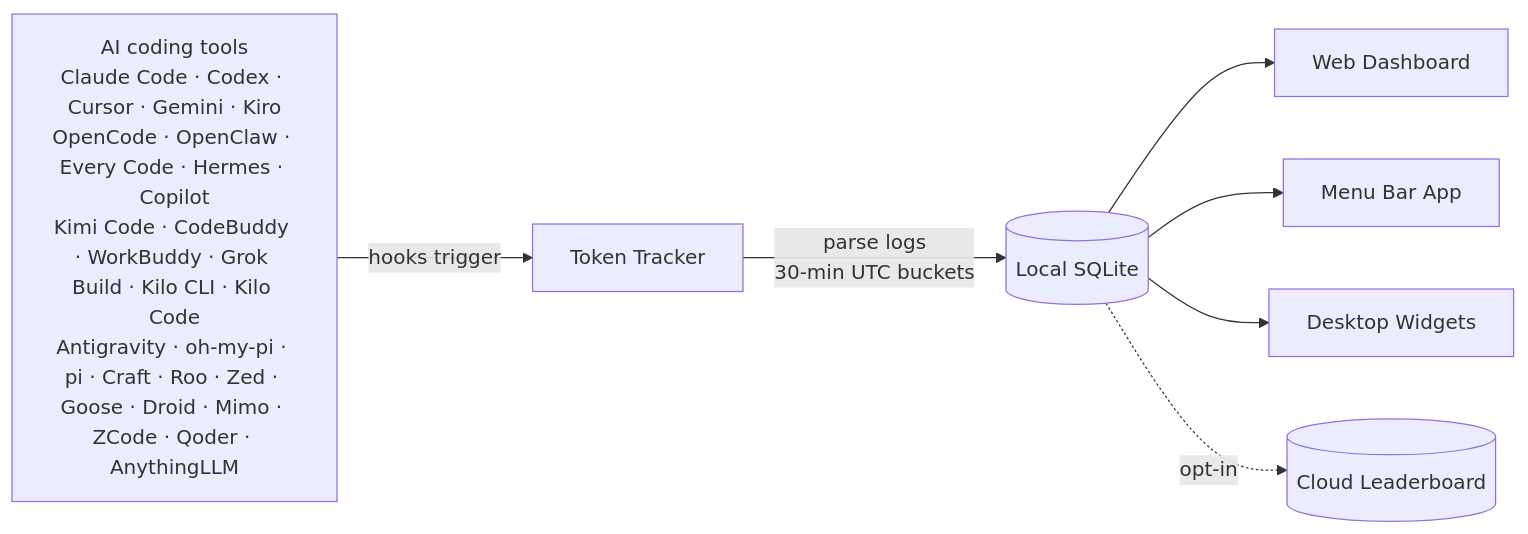
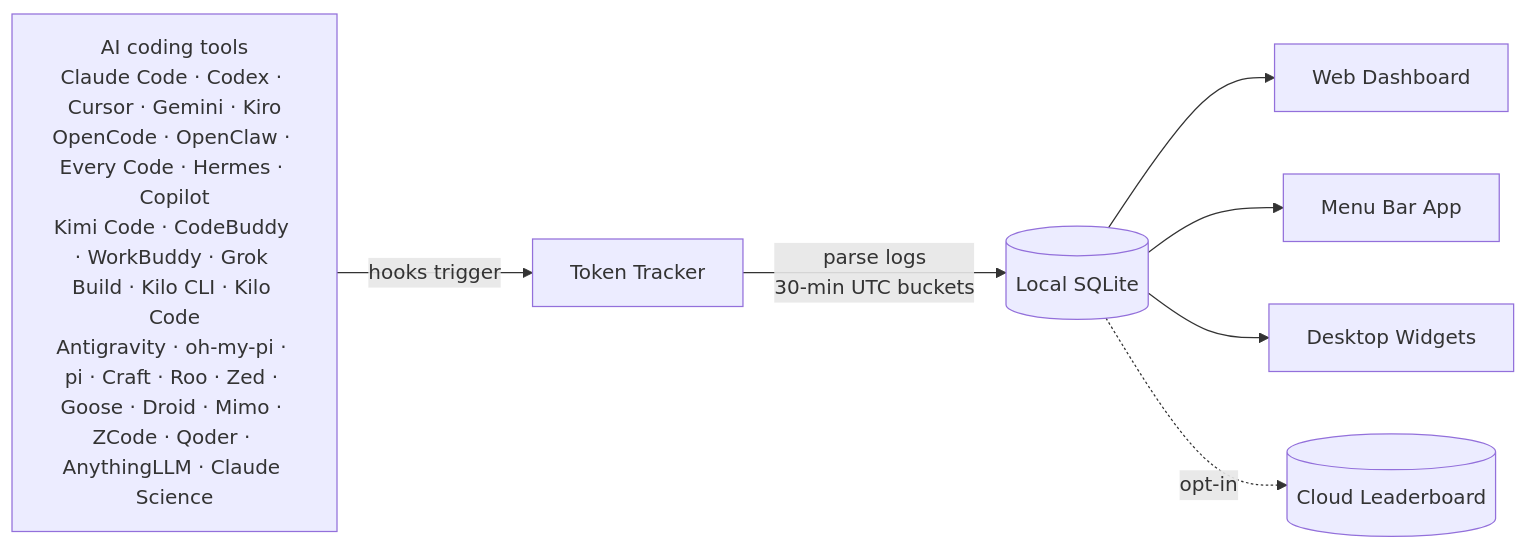
One commit to CrazyForks/TokenTracker changed the diagram in README.md. Above: the diagram before and after it, drawn with Mermaid. The commit also changed other lines of this file and 23 other files, not shown here.

````diff
--- a/README.md
+++ b/README.md
@@ -278,10 +279,10 @@
 ```mermaid
 flowchart LR
-    A["AI coding tools<br/>Claude Code · Codex · Cursor · Gemini · Kiro<br/>OpenCode · OpenClaw · Every Code · Hermes · Copilot<br/>Kimi Code · CodeBuddy · WorkBuddy · Grok Build · Kilo CLI · Kilo Code<br/>Antigravity · oh-my-pi · pi · Craft · Roo · Zed · Goose · Droid · Mimo · ZCode · Qoder · AnythingLLM"]
+    A["AI coding tools<br/>Claude Code · Codex · Cursor · Gemini · Kiro<br/>OpenCode · OpenClaw · Every Code · Hermes · Copilot<br/>Kimi Code · CodeBuddy · WorkBuddy · Grok Build · Kilo CLI · Kilo Code<br/>Antigravity · oh-my-pi · pi · Craft · Roo · Zed · Goose · Droid · Mimo · ZCode · Qoder · AnythingLLM · Claude Science"]
     A -->|hooks trigger| B[Token Tracker]
     B -->|parse logs<br/>30-min UTC buckets| C[(Local SQLite)]
     C --> D[Web Dashboard]
     C --> E[Menu Bar App]
     C --> F[Desktop Widgets]
     C -.->|opt-in| G[(Cloud Leaderboard)]
 ```
````
